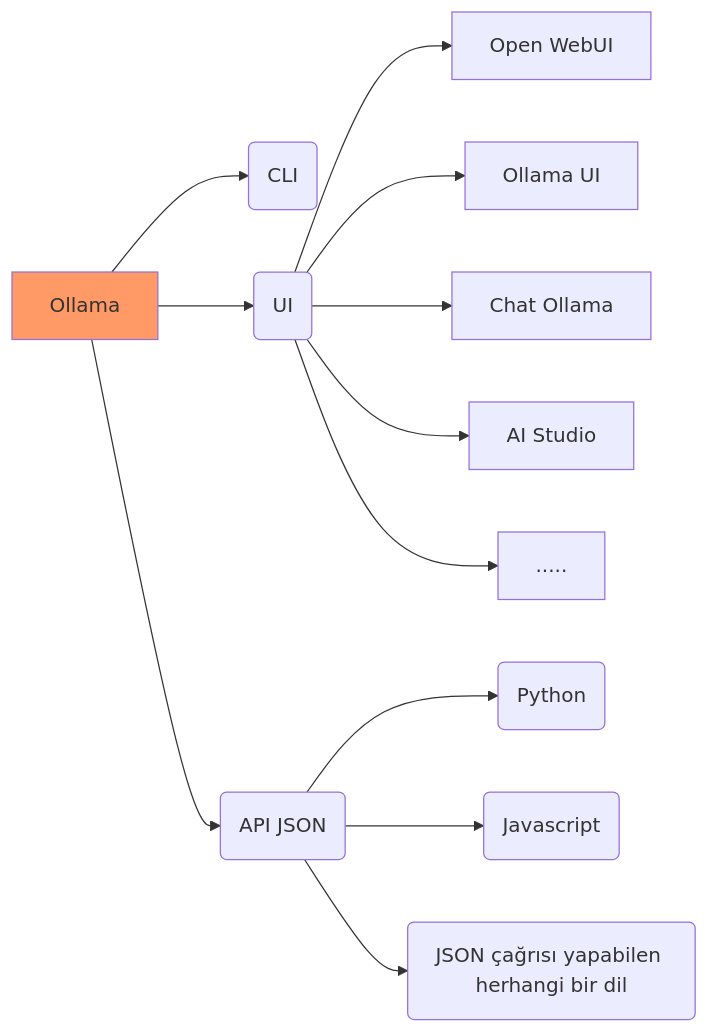
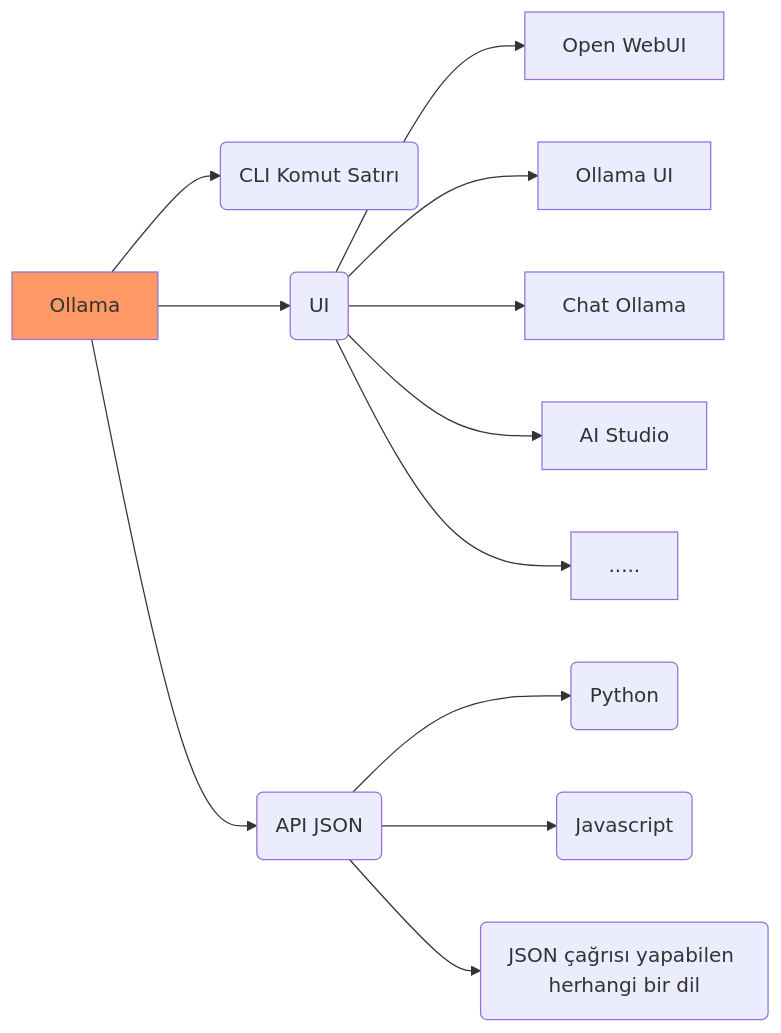
Before and after one commit to ati-ozgur/kurs-ollama: the diagram in diagrams/ollama-applications.md, drawn with Mermaid.

Commit message:
ufak düzeltme

````diff
--- a/diagrams/ollama-applications.md
+++ b/diagrams/ollama-applications.md
@@ -1,17 +1,17 @@
 ```{mermaid}
 %%| fig-width: 2
 flowchart LR
-    O[Ollama] --> C(CLI)
+    O[Ollama] --> C(CLI Komut Satırı)
     O --> UI(UI)
     UI --> UI1[Open WebUI]
     UI --> UI2[Ollama UI]
     UI --> UI3[Chat Ollama]
     UI --> UI4[AI Studio]
     UI --> UI5[.....]
     O --> A(API JSON)
     A --> P(Python)
     A --> JS(Javascript)
     A --> PL(JSON çağrısı yapabilen herhangi bir dil)
 
     style O fill:#f96
 ```
````
